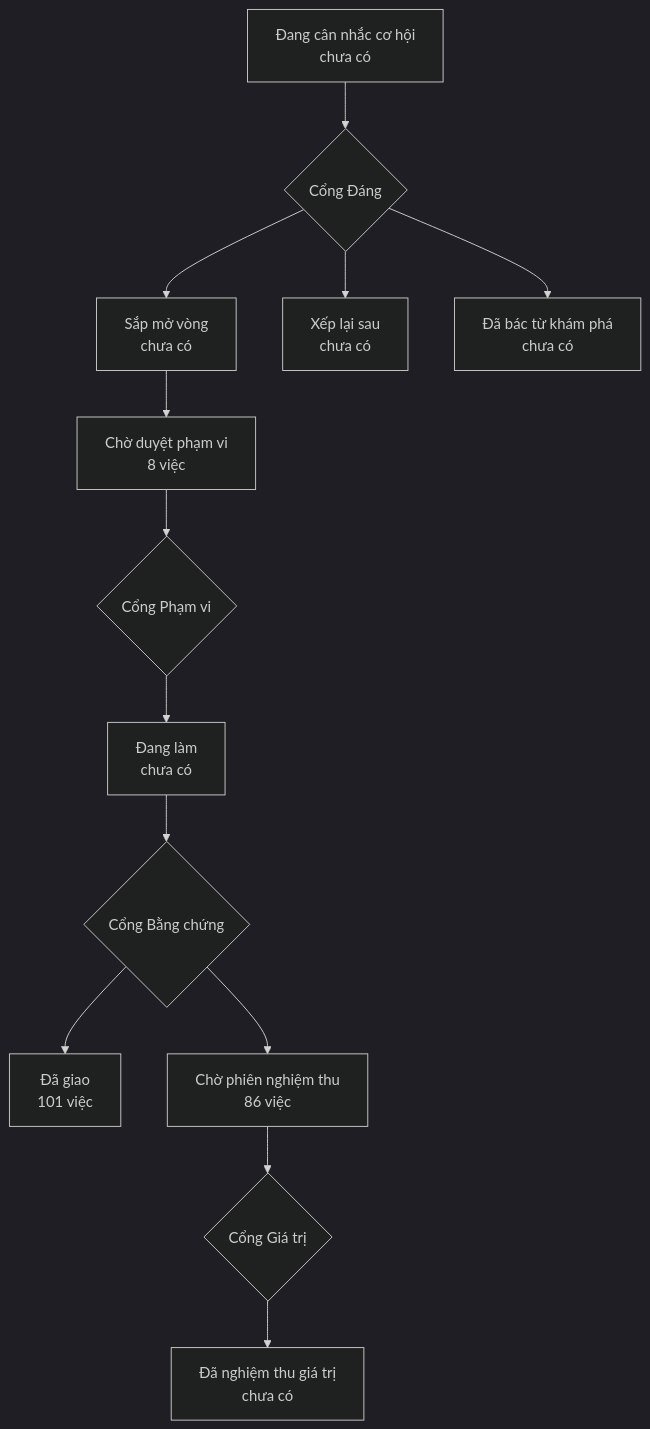
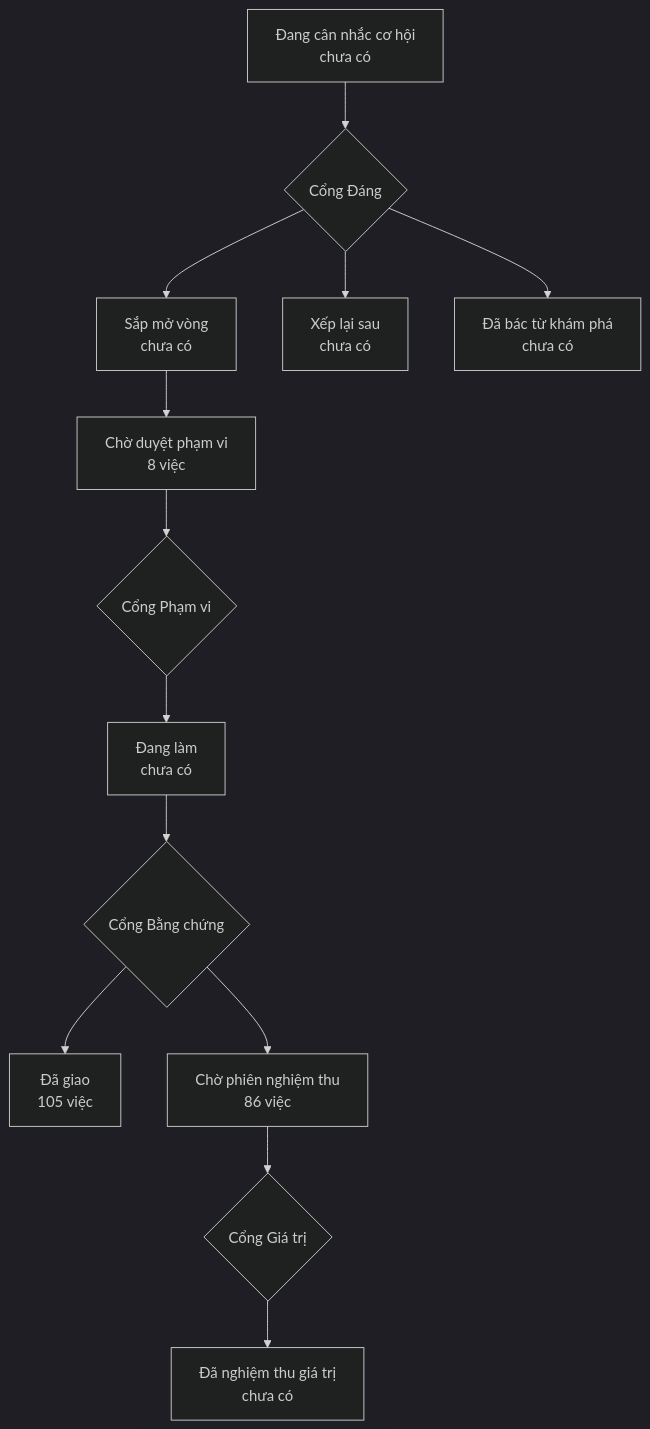
One commit to phanlemanh/onehub-invest changed the diagram in PRODUCT-MAP.md. Above: the diagram before and after it, drawn with Mermaid (dark theme). The commit also changed other lines of this file and 1 other file, not shown here.

````diff
--- a/PRODUCT-MAP.md
+++ b/PRODUCT-MAP.md
@@ -7,12 +7,12 @@
 ```mermaid
 flowchart TD
   A["Đang cân nhắc cơ hội<br/>chưa có"] --> GD{"Cổng Đáng"}
   GD --> B["Sắp mở vòng<br/>chưa có"]
   GD --> XL["Xếp lại sau<br/>chưa có"]
   GD --> DB["Đã bác từ khám phá<br/>chưa có"]
   B --> CD["Chờ duyệt phạm vi<br/>8 việc"] --> GP{"Cổng Phạm vi"}
   GP --> DL["Đang làm<br/>chưa có"] --> GB{"Cổng Bằng chứng"}
-  GB --> DG["Đã giao<br/>101 việc"]
+  GB --> DG["Đã giao<br/>105 việc"]
   GB --> CN["Chờ phiên nghiệm thu<br/>86 việc"] --> GG{"Cổng Giá trị"}
   GG --> NT["Đã nghiệm thu giá trị<br/>chưa có"]
 ```
````
